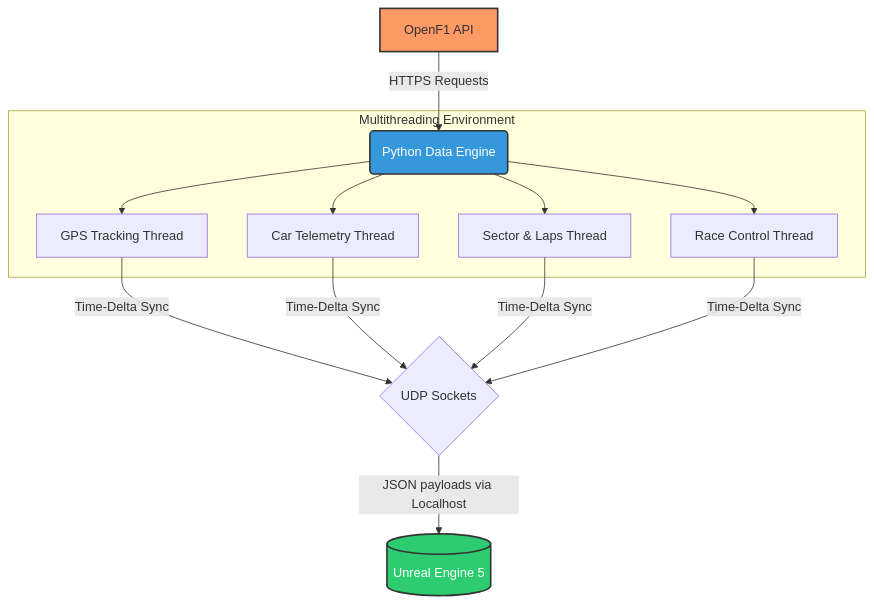
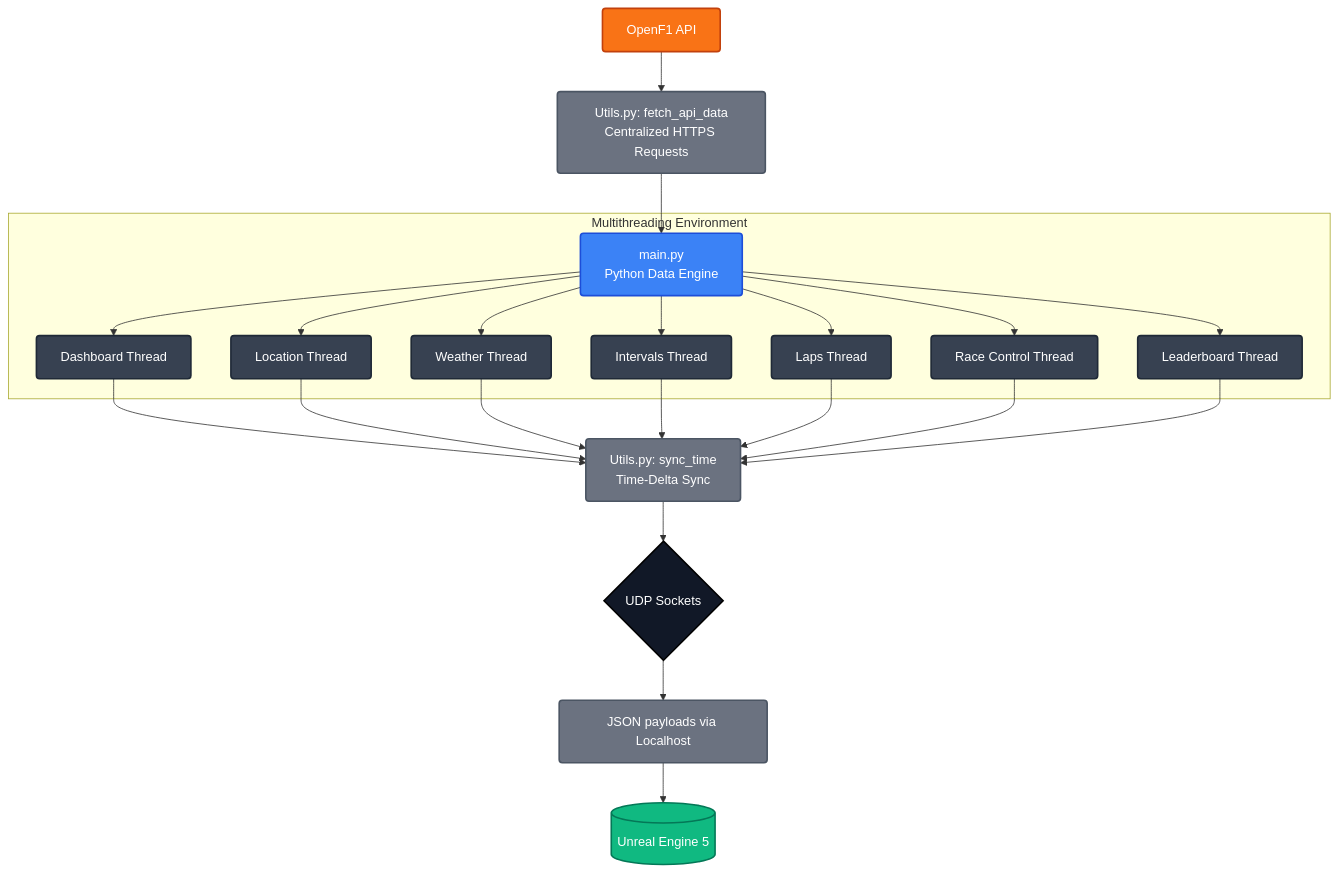
The diagram in README.md (DavideColabove/F1Companion), drawn with Mermaid before and after one commit.

Commit message:
Revise system design diagram in README
Updated system design diagram to include additional threads and connections for improved clarity.

````diff
--- a/README.md
+++ b/README.md
@@ -21,26 +21,59 @@
 ```mermaid
 graph TD
-    A[OpenF1 API] -->|HTTPS Requests| B(Python Data Engine)
+    %% Nodi principali
+    API[OpenF1 API]:::orange
     
-    subgraph Concurrency [Multithreading Environment]
-        B --> C[GPS Tracking Thread]
-        B --> D[Car Telemetry Thread]
-        B --> E[Sector & Laps Thread]
-        B --> F[Race Control Thread]
+    Wrapper[Utils.py: fetch_api_data<br/>Centralized HTTPS Requests]:::gray
+    
+    subgraph Multithreading Environment
+        Engine[main.py<br/>Python Data Engine]:::blue
+        
+        T1[Dashboard Thread]:::dark
+        T2[Location Thread]:::dark
+        T3[Weather Thread]:::dark
+        T4[Intervals Thread]:::dark
+        T5[Laps Thread]:::dark
+        T6[Race Control Thread]:::dark
+        T7[Leaderboard Thread]:::dark
     end
     
-    C -->|Time-Delta Sync| G{UDP Sockets}
-    D -->|Time-Delta Sync| G
-    E -->|Time-Delta Sync| G
-    F -->|Time-Delta Sync| G
+    Sync[Utils.py: sync_time<br/>Time-Delta Sync]:::gray
     
-    G -->|JSON payloads via Localhost| H[(Unreal Engine 5)]
+    UDP{UDP Sockets}:::black
     
-    classDef api fill:#f96,stroke:#333,stroke-width:2px;
-    classDef engine fill:#3498db,stroke:#333,stroke-width:2px,color:#fff;
-    classDef ue5 fill:#2ecc71,stroke:#333,stroke-width:2px,color:#fff;
+    Payload[JSON payloads via Localhost]:::gray
     
-    class A api;
-    class B engine;
-    class H ue5;
+    UE5[(Unreal Engine 5)]:::green
+    
+    %% Connessioni
+    API --> Wrapper
+    Wrapper --> Engine
+    
+    Engine --> T1
+    Engine --> T2
+    Engine --> T3
+    Engine --> T4
+    Engine --> T5
+    Engine --> T6
+    Engine --> T7
+    
+    T1 --> Sync
+    T2 --> Sync
+    T3 --> Sync
+    T4 --> Sync
+    T5 --> Sync
+    T6 --> Sync
+    T7 --> Sync
+    
+    Sync --> UDP
+    UDP --> Payload
+    Payload --> UE5
+    
+    %% Stili (Ispirati al tuo screenshot originale)
+    classDef orange fill:#f97316,stroke:#c2410c,stroke-width:2px,color:#fff,rx:4,ry:4
+    classDef blue fill:#3b82f6,stroke:#1d4ed8,stroke-width:2px,color:#fff,rx:4,ry:4
+    classDef dark fill:#374151,stroke:#1f2937,stroke-width:2px,color:#fff,rx:4,ry:4
+    classDef gray fill:#6b7280,stroke:#4b5563,stroke-width:2px,color:#fff,rx:4,ry:4
+    classDef black fill:#111827,stroke:#000000,stroke-width:2px,color:#fff
+    classDef green fill:#10b981,stroke:#047857,stroke-width:2px,color:#fff,rx:4,ry:4
 ```
````
